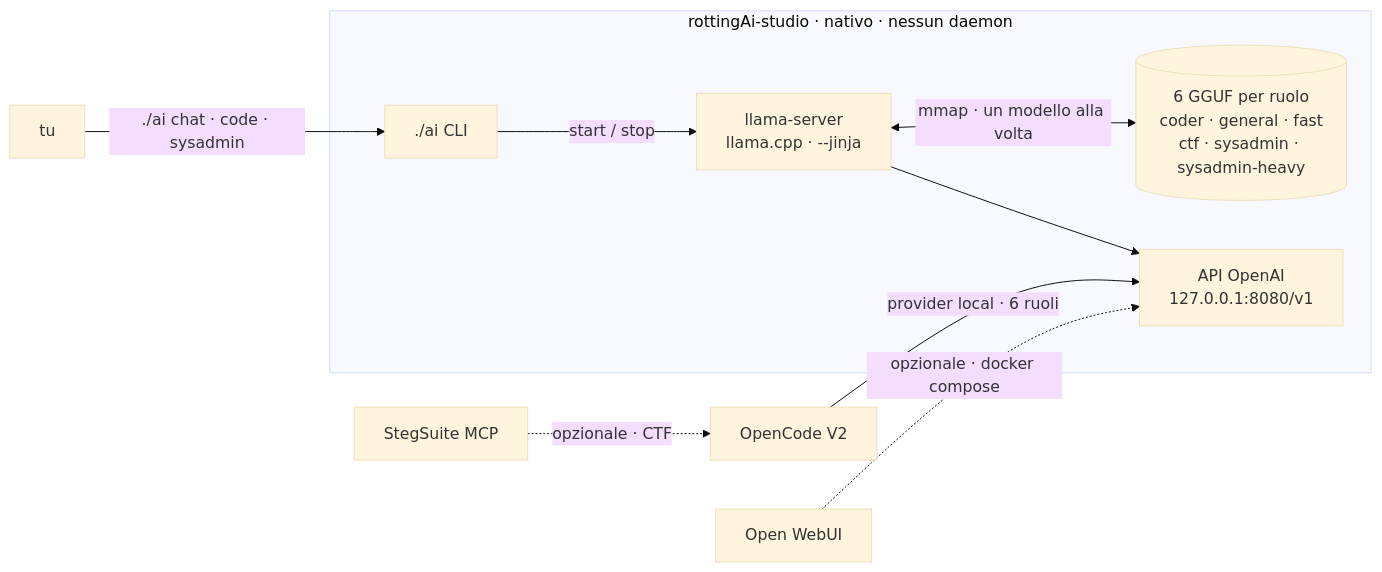
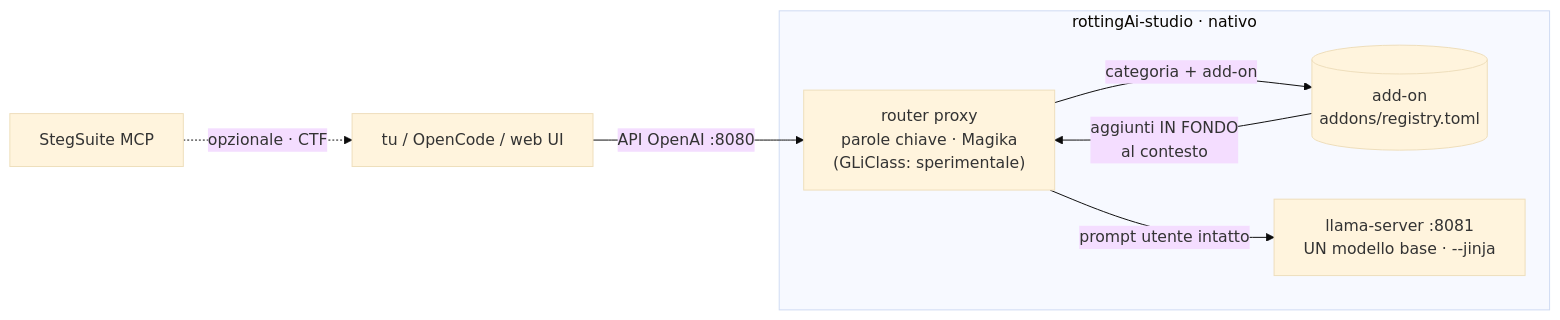
Before and after one commit to dexRand/rottingAi-studio: the diagram in README.it.md, drawn with Mermaid (base theme). The commit also changed other lines of this file and 11 other files, not shown here.

Commit message:
Docs: single model + router architecture, measured results, CLAUDE.md

````diff
--- a/README.it.md
+++ b/README.it.md
@@ -34,18 +37,13 @@
 ```mermaid
 flowchart LR
-    subgraph Core["rottingAi-studio · nativo · nessun daemon"]
-        CLI["./ai CLI"]
-        LS["llama-server<br/>llama.cpp · --jinja"]
-        M[("6 GGUF per ruolo<br/>coder · general · fast<br/>ctf · sysadmin · sysadmin-heavy")]
-        API["API OpenAI<br/>127.0.0.1:8080/v1"]
+    U[tu / OpenCode / web UI] -->|"API OpenAI :8080"| R
+    subgraph Core["rottingAi-studio · nativo"]
+        R["router proxy<br/>parole chiave · Magika<br/>(GLiClass: sperimentale)"]
+        A[("add-on<br/>addons/registry.toml")]
+        LS["llama-server :8081<br/>UN modello base · --jinja"]
     end
-
-    U[tu] -->|"./ai chat · code · sysadmin"| CLI
-    CLI -->|"start / stop"| LS
-    LS <-->|"mmap · un modello alla volta"| M
-    LS --> API
-
-    OC["OpenCode V2"] -->|"provider local · 6 ruoli"| API
-    WUI["Open WebUI"] -. "opzionale · docker compose" .-> API
-    MCP["StegSuite MCP"] -. "opzionale · CTF" .-> OC
+    R -->|"categoria + add-on"| A
+    A -->|"aggiunti IN FONDO<br/>al contesto"| R
+    R -->|"prompt utente intatto"| LS
+    MCP["StegSuite MCP"] -. "opzionale · CTF" .-> U
 ```
````
